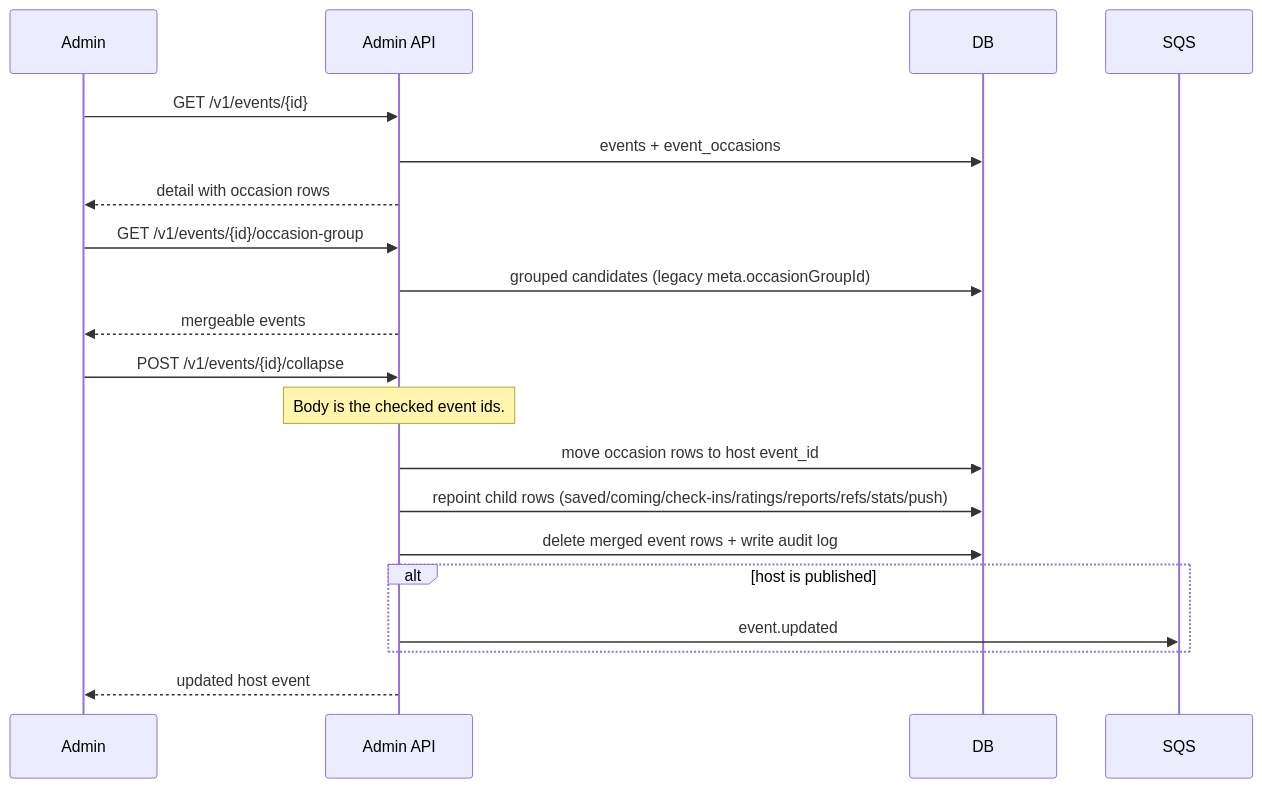
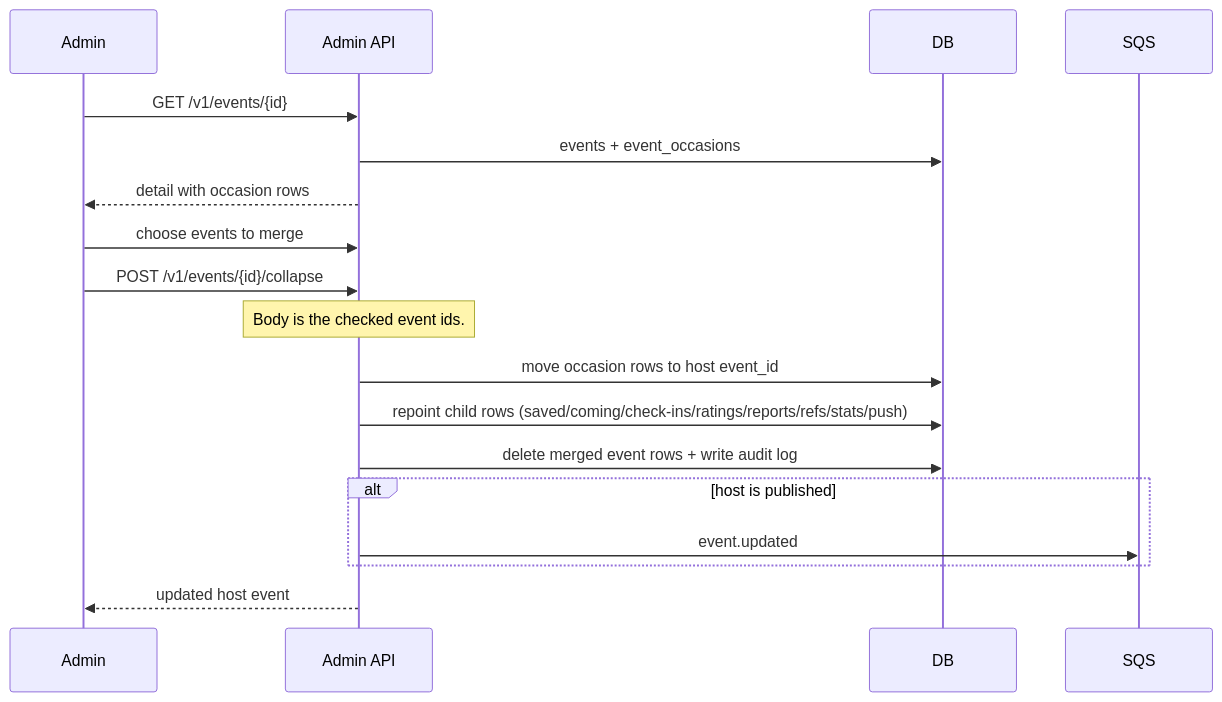
Before and after one commit to BradleySmallbottoms/evently: the diagram in docs/flows/admin-collapse-occasions.md, drawn with Mermaid. The commit also changed other lines of this file and 36 other files, not shown here.

First line of the commit message:
Refactor occasion management and event handling in admin components

````diff
--- a/docs/flows/admin-collapse-occasions.md
+++ b/docs/flows/admin-collapse-occasions.md
@@ -7,22 +11,20 @@
 ```mermaid
 sequenceDiagram
   participant Admin
   participant API as Admin API
   participant DB
   participant SQS
   Admin->>API: GET /v1/events/{id}
   API->>DB: events + event_occasions
   API-->>Admin: detail with occasion rows
-  Admin->>API: GET /v1/events/{id}/occasion-group
-  API->>DB: grouped candidates (legacy meta.occasionGroupId)
-  API-->>Admin: mergeable events
+  Admin->>API: choose events to merge
   Admin->>API: POST /v1/events/{id}/collapse
   Note over API: Body is the checked event ids.
   API->>DB: move occasion rows to host event_id
   API->>DB: repoint child rows (saved/coming/check-ins/ratings/reports/refs/stats/push)
   API->>DB: delete merged event rows + write audit log
   alt host is published
     API->>SQS: event.updated
   end
   API-->>Admin: updated host event
 ```
````
